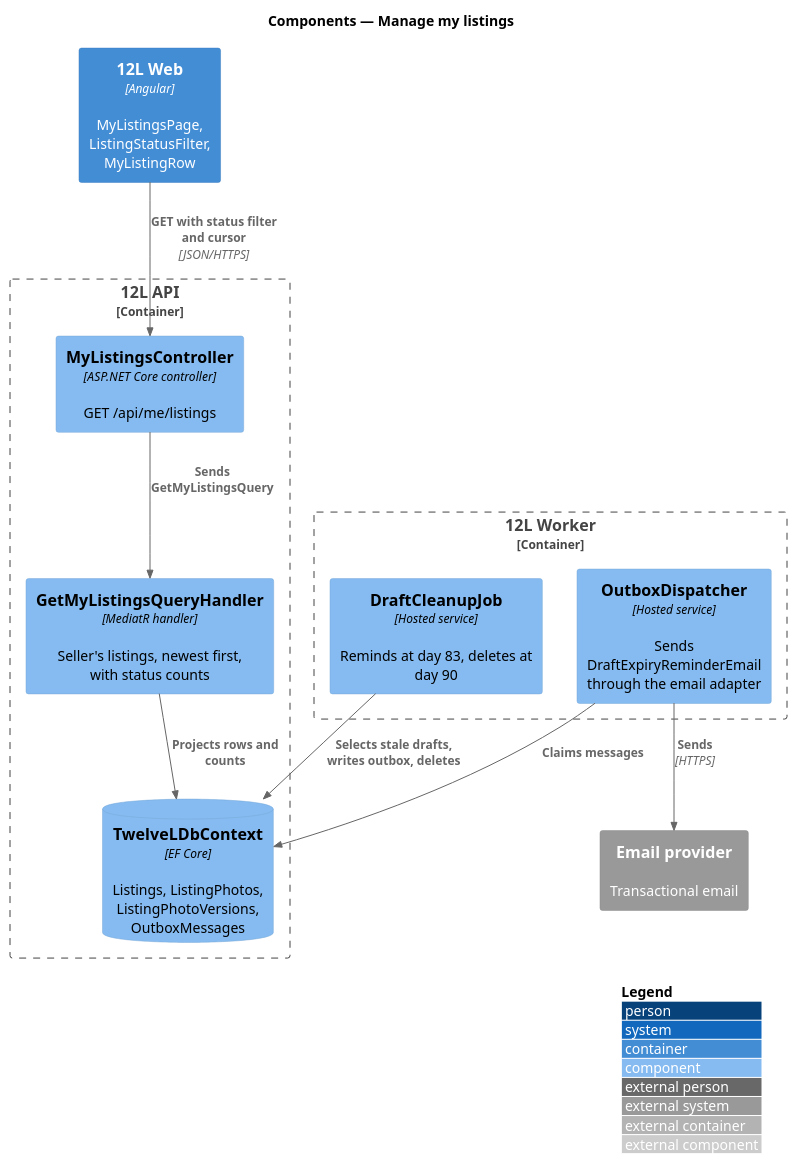
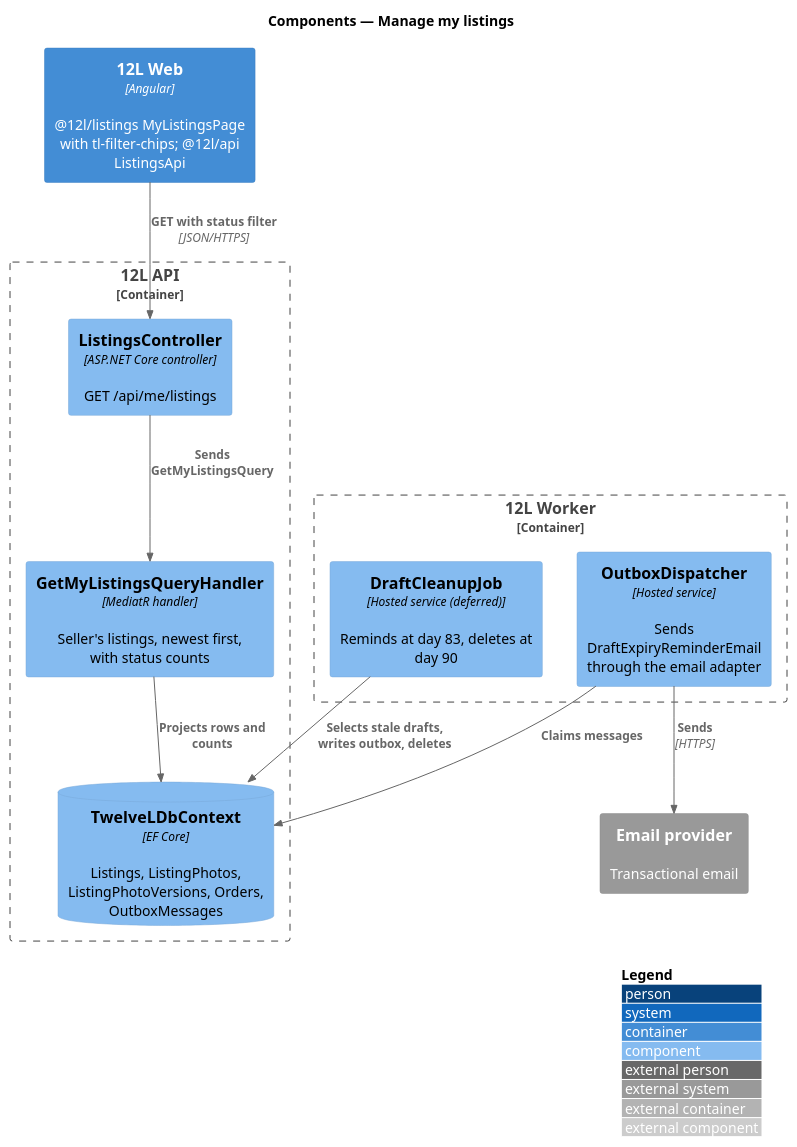
Before and after one commit to QuinntyneBrown/12l: the diagram in docs/detailed-designs/listings/manage-my-listings/diagrams/c4-component.puml, drawn with PlantUML. The commit also changed 69 other files, not shown here.

Commit message:
Document manage-my-listings: design, ADR listings/0002, L2-021, Filter chips, composition, estimates

```diff
--- a/docs/detailed-designs/listings/manage-my-listings/diagrams/c4-component.puml
+++ b/docs/detailed-designs/listings/manage-my-listings/diagrams/c4-component.puml
@@ -1,24 +1,24 @@
 @startuml
 !include <C4/C4_Component>
 LAYOUT_WITH_LEGEND()
 title Components — Manage my listings
 
-Container(web, "12L Web", "Angular", "MyListingsPage, ListingStatusFilter, MyListingRow")
+Container(web, "12L Web", "Angular", "@12l/listings MyListingsPage with tl-filter-chips; @12l/api ListingsApi")
 Container_Boundary(api, "12L API") {
-  Component(ctrl, "MyListingsController", "ASP.NET Core controller", "GET /api/me/listings")
+  Component(ctrl, "ListingsController", "ASP.NET Core controller", "GET /api/me/listings")
   Component(query, "GetMyListingsQueryHandler", "MediatR handler", "Seller's listings, newest first, with status counts")
-  ComponentDb(db, "TwelveLDbContext", "EF Core", "Listings, ListingPhotos, ListingPhotoVersions, OutboxMessages")
+  ComponentDb(db, "TwelveLDbContext", "EF Core", "Listings, ListingPhotos, ListingPhotoVersions, Orders, OutboxMessages")
 }
 Container_Boundary(worker, "12L Worker") {
-  Component(job, "DraftCleanupJob", "Hosted service", "Reminds at day 83, deletes at day 90")
+  Component(job, "DraftCleanupJob", "Hosted service (deferred)", "Reminds at day 83, deletes at day 90")
   Component(outbox, "OutboxDispatcher", "Hosted service", "Sends DraftExpiryReminderEmail through the email adapter")
 }
 System_Ext(email, "Email provider", "Transactional email")
 
-Rel(web, ctrl, "GET with status filter and cursor", "JSON/HTTPS")
+Rel(web, ctrl, "GET with status filter", "JSON/HTTPS")
 Rel(ctrl, query, "Sends GetMyListingsQuery")
 Rel(query, db, "Projects rows and counts")
 Rel(job, db, "Selects stale drafts, writes outbox, deletes")
 Rel(outbox, db, "Claims messages")
 Rel(outbox, email, "Sends", "HTTPS")
 @enduml
```
